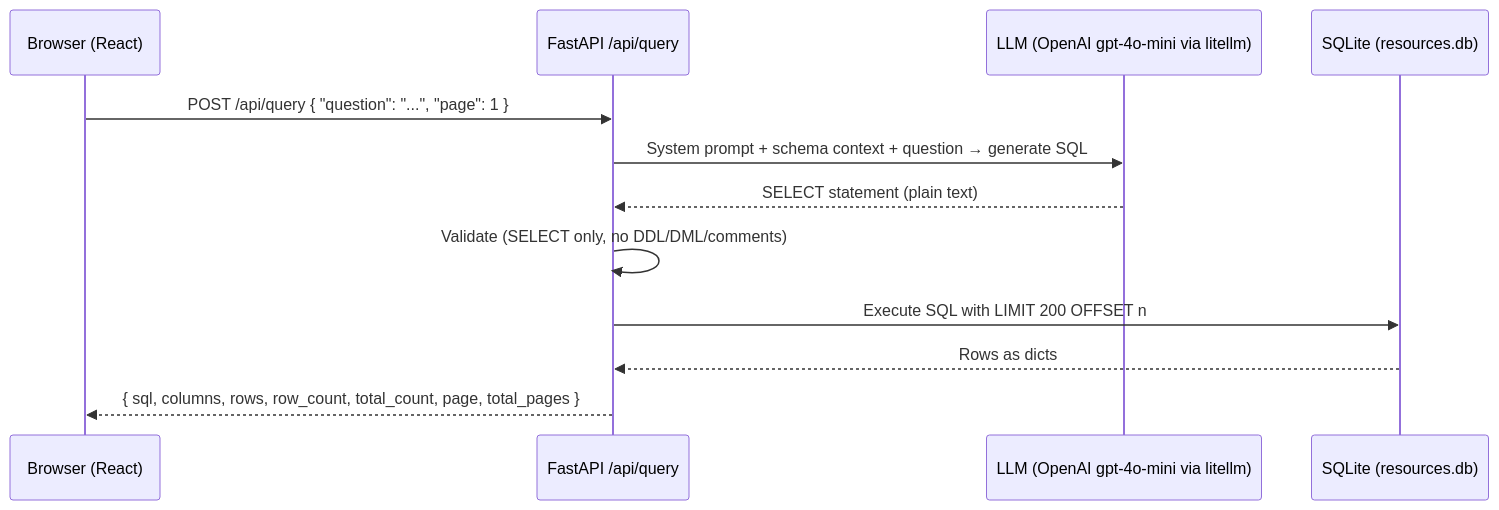
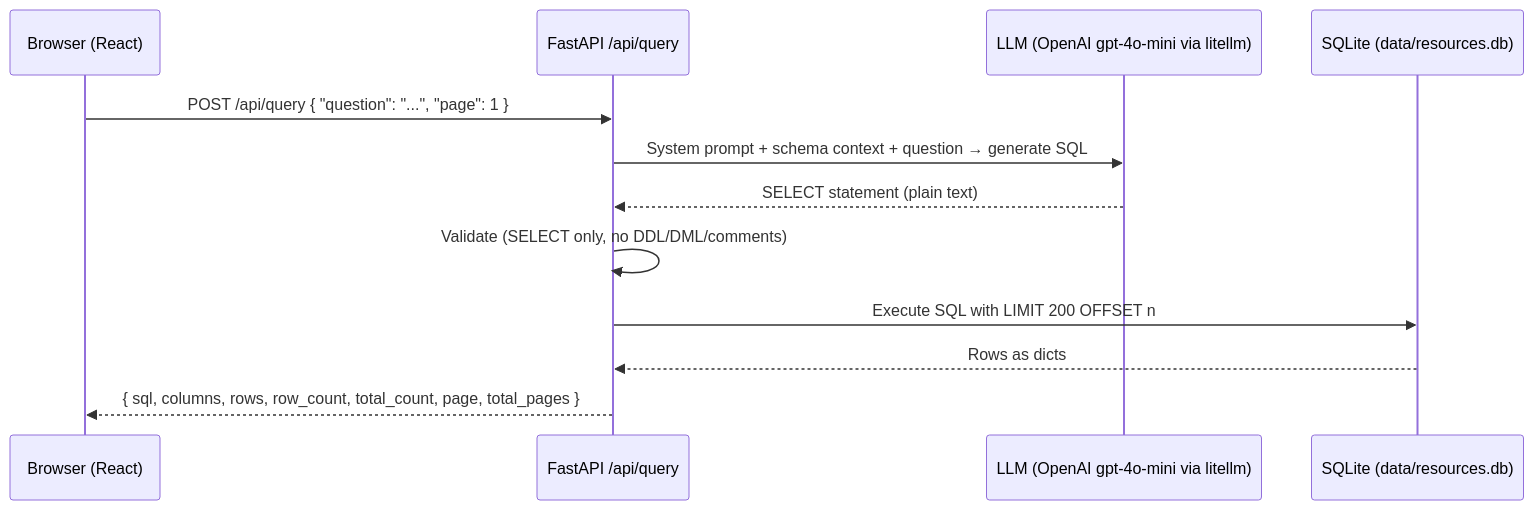
Before and after one commit to Akash-an/whatsaid: the diagram in docs/nl_query_design.md, drawn with Mermaid. The commit also changed other lines of this file and 16 other files, not shown here.

````diff
--- a/docs/nl_query_design.md
+++ b/docs/nl_query_design.md
@@ -19,15 +19,15 @@
 ```mermaid
 sequenceDiagram
     participant U as Browser (React)
     participant A as FastAPI /api/query
     participant L as LLM (OpenAI gpt-4o-mini via litellm)
-    participant DB as SQLite (resources.db)
+    participant DB as SQLite (data/resources.db)
 
     U->>A: POST /api/query { "question": "...", "page": 1 }
     A->>L: System prompt + schema context + question → generate SQL
     L-->>A: SELECT statement (plain text)
     A->>A: Validate (SELECT only, no DDL/DML/comments)
     A->>DB: Execute SQL with LIMIT 200 OFFSET n
     DB-->>A: Rows as dicts
     A-->>U: { sql, columns, rows, row_count, total_count, page, total_pages }
 ```
````
